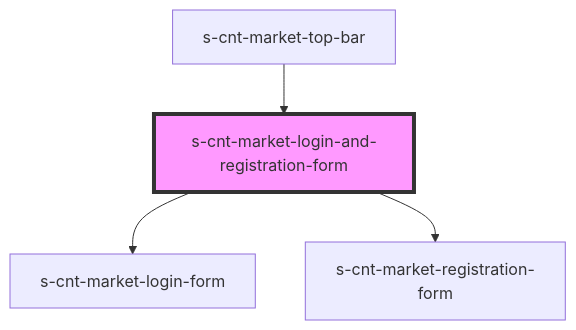
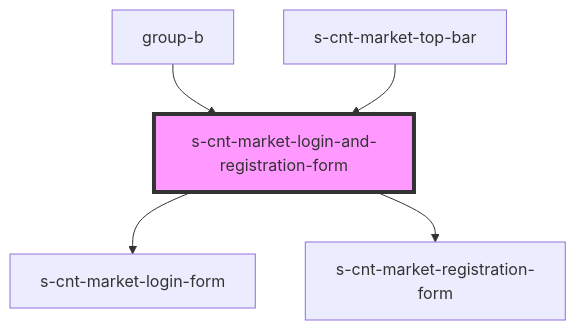
The diagram in src/components/group-b/res/view/s-cnt-market-header-wrapper/res/view/s-cnt-market-header/res/view/s-cnt-market-top-bar/res/view/s-cnt-market-login-and-registration-form/readme.md (saqhan/stencil-market), drawn with Mermaid before and after one commit. The commit also changed other lines of this file and 25 other files, not shown here.

````diff
--- a/src/components/group-b/res/view/s-cnt-market-header-wrapper/res/view/s-cnt-market-header/res/view/s-cnt-market-top-bar/res/view/s-cnt-market-login-and-registration-form/readme.md
+++ b/src/components/group-b/res/view/s-cnt-market-header-wrapper/res/view/s-cnt-market-header/res/view/s-cnt-market-top-bar/res/view/s-cnt-market-login-and-registration-form/readme.md
@@ -38,7 +40,8 @@
 ```mermaid
 graph TD;
   s-cnt-market-login-and-registration-form --> s-cnt-market-login-form
   s-cnt-market-login-and-registration-form --> s-cnt-market-registration-form
+  group-b --> s-cnt-market-login-and-registration-form
   s-cnt-market-top-bar --> s-cnt-market-login-and-registration-form
   style s-cnt-market-login-and-registration-form fill:#f9f,stroke:#333,stroke-width:4px
 ```
````
